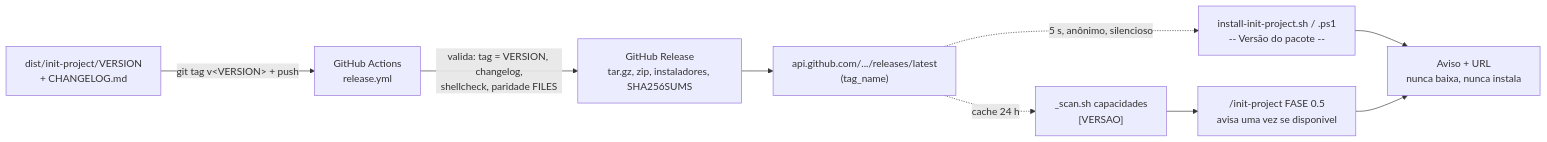
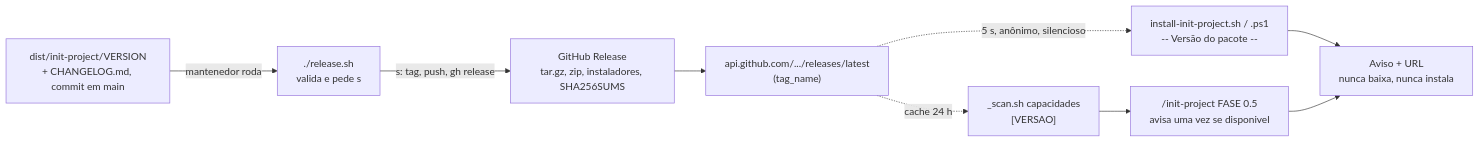
The third of 4 diagrams in docs/Organograma.md (c3t4r4/Personal-MD-for-Cursor), drawn with Mermaid before and after one commit. The commit also changed other lines of this file and 20 other files, not shown here.

````diff
--- a/docs/Organograma.md
+++ b/docs/Organograma.md
@@ -60,11 +60,11 @@
 ```mermaid
 flowchart LR
-    V["dist/init-project/VERSION<br/>+ CHANGELOG.md"] -->|"git tag v&lt;VERSION&gt; + push"| W["GitHub Actions<br/>release.yml"]
-    W -->|"valida: tag = VERSION, changelog,<br/>shellcheck, paridade FILES"| R["GitHub Release<br/>tar.gz, zip, instaladores, SHA256SUMS"]
+    V["dist/init-project/VERSION<br/>+ CHANGELOG.md, commit em main"] -->|"mantenedor roda"| W["./release.sh<br/>valida e pede s"]
+    W -->|"s: tag, push, gh release"| R["GitHub Release<br/>tar.gz, zip, instaladores, SHA256SUMS"]
     R --> API["api.github.com/.../releases/latest<br/>(tag_name)"]
     API -.->|"5 s, anônimo, silencioso"| INST["install-init-project.sh / .ps1<br/>-- Versão do pacote --"]
     API -.->|"cache 24 h"| SCAN["_scan.sh capacidades<br/>[VERSAO]"]
     SCAN --> CMD0["/init-project FASE 0.5<br/>avisa uma vez se disponivel"]
     INST --> AV["Aviso + URL<br/>nunca baixa, nunca instala"]
     CMD0 --> AV
 ```
````
